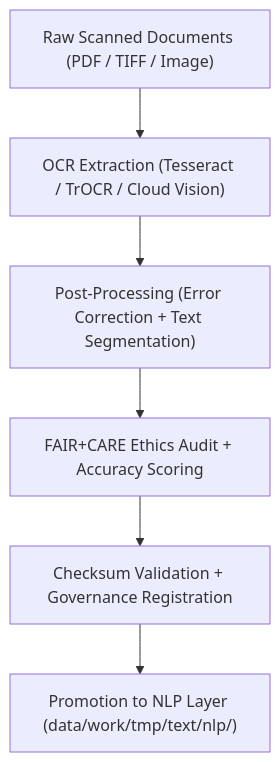
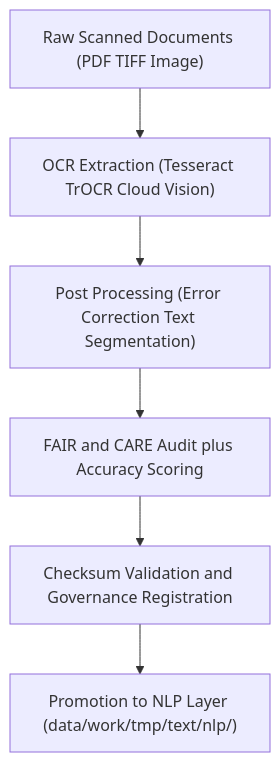
Before and after one commit to bartytime4life/Kansas-Frontier-Matrix: the diagram in data/work/tmp/text/ocr/README.md, drawn with Mermaid. The commit also changed other lines of this file, not shown here.

````diff
--- a/data/work/tmp/text/ocr/README.md
+++ b/data/work/tmp/text/ocr/README.md
@@ -64,8 +65,8 @@
 ```mermaid
 flowchart TD
-    A["Raw Scanned Documents (PDF / TIFF / Image)"] --> B["OCR Extraction (Tesseract / TrOCR / Cloud Vision)"]
-    B --> C["Post-Processing (Error Correction + Text Segmentation)"]
-    C --> D["FAIR+CARE Ethics Audit + Accuracy Scoring"]
-    D --> E["Checksum Validation + Governance Registration"]
+    A["Raw Scanned Documents (PDF TIFF Image)"] --> B["OCR Extraction (Tesseract TrOCR Cloud Vision)"]
+    B --> C["Post Processing (Error Correction Text Segmentation)"]
+    C --> D["FAIR and CARE Audit plus Accuracy Scoring"]
+    D --> E["Checksum Validation and Governance Registration"]
     E --> F["Promotion to NLP Layer (data/work/tmp/text/nlp/)"]
 ```
````
